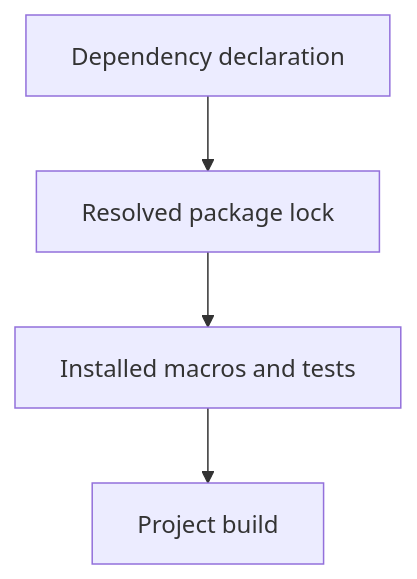
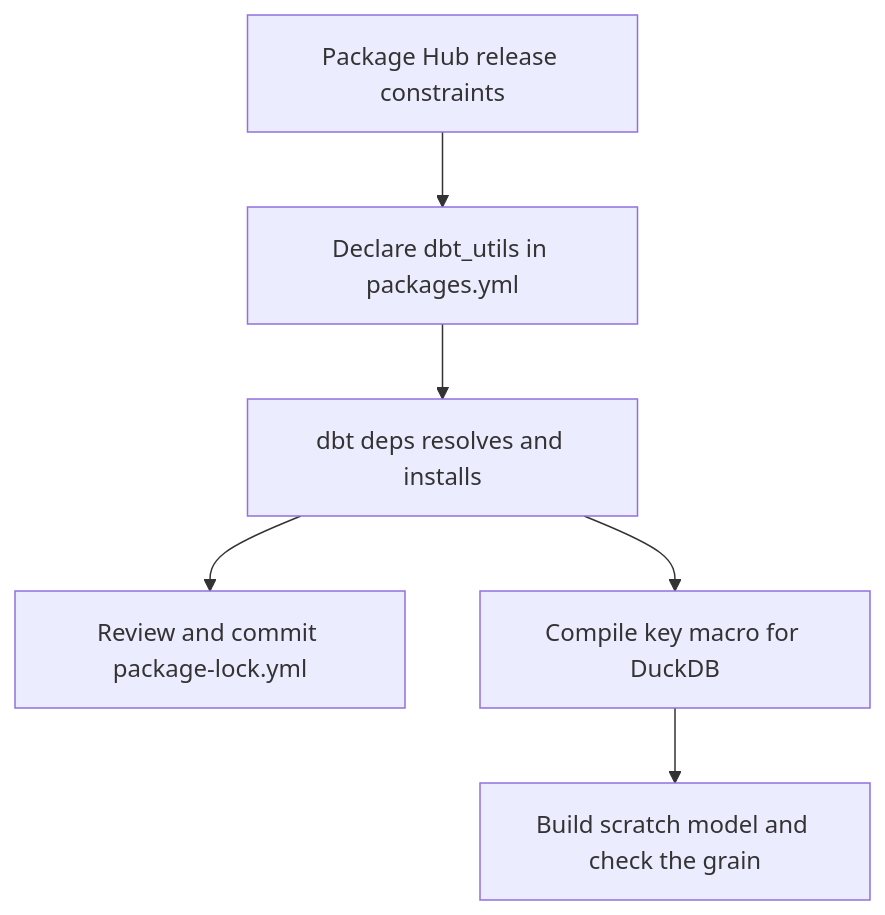
One commit to Rohit1024/dbt-learn changed the diagram in docs/lessons/0031-package-hub-dbt-deps-and-dbt-utils.md. Above: the diagram before and after it, drawn with Mermaid. The commit also changed other lines of this file and 4 other files, not shown here.

````diff
--- a/docs/lessons/0031-package-hub-dbt-deps-and-dbt-utils.md
+++ b/docs/lessons/0031-package-hub-dbt-deps-and-dbt-utils.md
@@ -7,8 +11,8 @@
 ```mermaid
 flowchart TD
-    A["Dependency declaration"]
-    B["Resolved package lock"]
-    C["Installed macros and tests"]
-    D["Project build"]
-    A --> B --> C --> D
+    Hub["Package Hub release constraints"] --> Pin["Declare dbt_utils in packages.yml"]
+    Pin --> Deps["dbt deps resolves and installs"]
+    Deps --> Lock["Review and commit package-lock.yml"]
+    Deps --> Macro["Compile key macro for DuckDB"]
+    Macro --> Build["Build scratch model and check the grain"]
 ```
````
